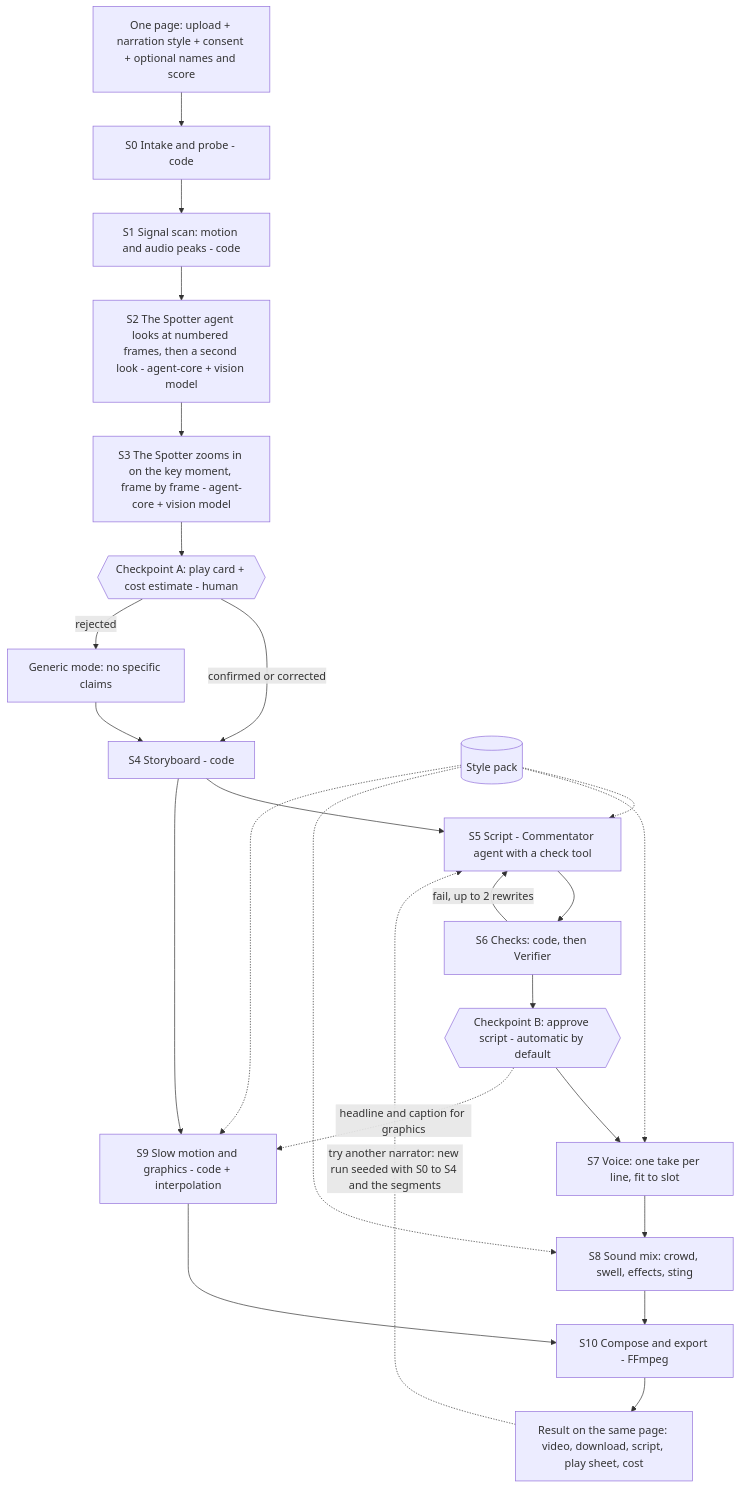
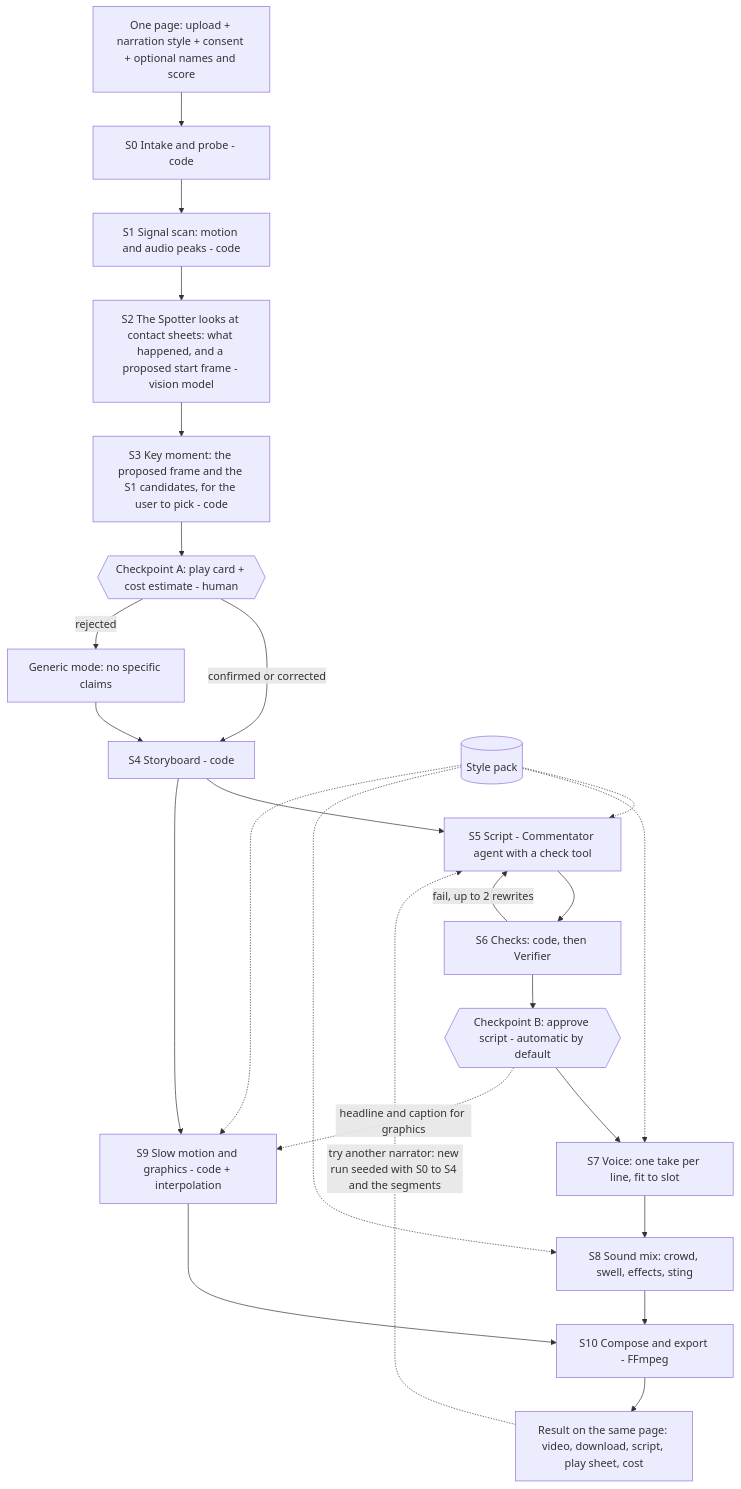
One commit to aharonamir/epic-replay changed the diagram in specs/001-epic-replay/plan.md. Above: the diagram before and after it, drawn with Mermaid. The commit also changed other lines of this file and 183 other files, not shown here.

First line of the commit message:
T003: contact sheets; Gate 0; spec revision 8

````diff
--- a/specs/001-epic-replay/plan.md
+++ b/specs/001-epic-replay/plan.md
@@ -73,27 +73,27 @@
 ```mermaid
 flowchart TD
     U[One page: upload + narration style + consent + optional names and score] --> S0[S0 Intake and probe - code]
     S0 --> S1[S1 Signal scan: motion and audio peaks - code]
-    S1 --> S2[S2 The Spotter agent looks at numbered frames, then a second look - agent-core + vision model]
-    S2 --> S3[S3 The Spotter zooms in on the key moment, frame by frame - agent-core + vision model]
+    S1 --> S2[S2 The Spotter looks at contact sheets: what happened, and a proposed start frame - vision model]
+    S2 --> S3[S3 Key moment: the proposed frame and the S1 candidates, for the user to pick - code]
     S3 --> A{{Checkpoint A: play card + cost estimate - human}}
     A -->|confirmed or corrected| S4[S4 Storyboard - code]
     A -->|rejected| G[Generic mode: no specific claims]
     G --> S4
     S4 --> S5[S5 Script - Commentator agent with a check tool]
     S4 --> S9[S9 Slow motion and graphics - code + interpolation]
     S5 --> S6[S6 Checks: code, then Verifier]
     S6 -->|fail, up to 2 rewrites| S5
     S6 --> B{{Checkpoint B: approve script - automatic by default}}
     B --> S7[S7 Voice: one take per line, fit to slot]
     B -.->|headline and caption for graphics| S9
     S7 --> S8[S8 Sound mix: crowd, swell, effects, sting]
     S8 --> S10[S10 Compose and export - FFmpeg]
     S9 --> S10
     S10 --> R[Result on the same page: video, download, script, play sheet, cost]
     R -.->|try another narrator: new run seeded with S0 to S4 and the segments| S5
     SP[(Style pack)] -.-> S5
     SP -.-> S7
     SP -.-> S8
     SP -.-> S9
 ```
````
